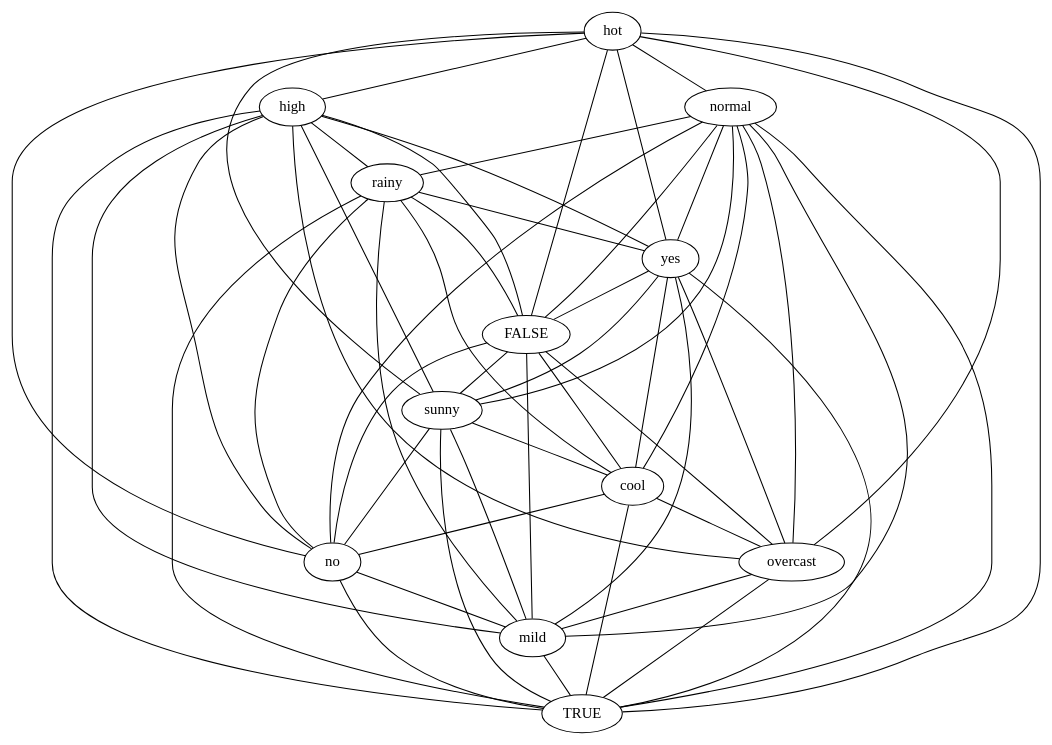
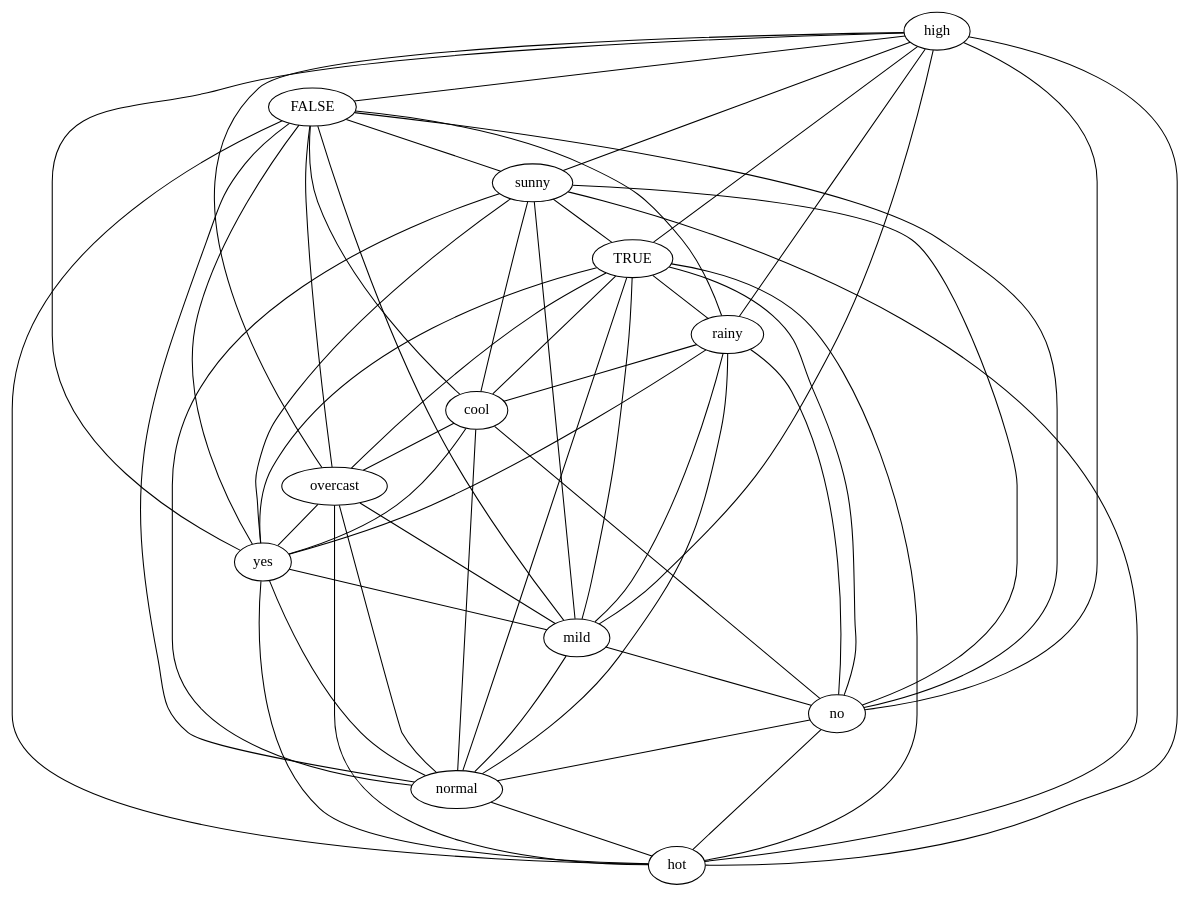
One commit to lrodrin/TFG changed the diagram in src/final/planarGraph.dot. Above: the diagram before and after it, drawn with Graphviz. The commit also changed 10 other files, not shown here.

Commit message:
s'ha modificat sencera la classe Graph perquè s'ha començat la implementació de la integració SQL - creació dels 3 tipus de grafs a partir de dades d'una SQLite database

```diff
--- a/src/final/planarGraph.dot
+++ b/src/final/planarGraph.dot
@@ -1,68 +1,68 @@
 strict graph "" {
-hot;
 high;
-normal;
-rainy;
-yes;
 FALSE;
 sunny;
+TRUE;
+rainy;
 cool;
+overcast;
+yes;
+mild;
 no;
-overcast;
-mild;
-TRUE;
-hot -- high  [color=black];
-hot -- normal  [color=black];
-hot -- TRUE  [color=black];
-hot -- FALSE  [color=black];
-hot -- sunny  [color=black];
-hot -- yes  [color=black];
-hot -- no  [color=black];
-hot -- overcast  [color=black];
+normal;
+hot;
+high -- FALSE  [color=black];
+high -- overcast  [color=black];
+high -- rainy  [color=black];
+high -- mild  [color=black];
 high -- no  [color=black];
-high -- mild  [color=black];
-high -- rainy  [color=black];
 high -- TRUE  [color=black];
-high -- FALSE  [color=black];
 high -- sunny  [color=black];
+high -- hot  [color=black];
 high -- yes  [color=black];
-high -- overcast  [color=black];
-normal -- sunny  [color=black];
-normal -- no  [color=black];
-normal -- mild  [color=black];
-normal -- rainy  [color=black];
-normal -- yes  [color=black];
-normal -- FALSE  [color=black];
-normal -- TRUE  [color=black];
-normal -- cool  [color=black];
-normal -- overcast  [color=black];
-rainy -- mild  [color=black];
-rainy -- yes  [color=black];
-rainy -- FALSE  [color=black];
-rainy -- TRUE  [color=black];
-rainy -- cool  [color=black];
-rainy -- no  [color=black];
-yes -- mild  [color=black];
-yes -- sunny  [color=black];
-yes -- FALSE  [color=black];
-yes -- TRUE  [color=black];
-yes -- cool  [color=black];
-yes -- overcast  [color=black];
+FALSE -- rainy  [color=black];
+FALSE -- hot  [color=black];
 FALSE -- mild  [color=black];
+FALSE -- no  [color=black];
 FALSE -- sunny  [color=black];
+FALSE -- normal  [color=black];
 FALSE -- cool  [color=black];
-FALSE -- no  [color=black];
 FALSE -- overcast  [color=black];
+FALSE -- yes  [color=black];
+sunny -- normal  [color=black];
 sunny -- mild  [color=black];
 sunny -- TRUE  [color=black];
+sunny -- no  [color=black];
 sunny -- cool  [color=black];
-sunny -- no  [color=black];
+sunny -- hot  [color=black];
+sunny -- yes  [color=black];
+TRUE -- overcast  [color=black];
+TRUE -- normal  [color=black];
+TRUE -- hot  [color=black];
+TRUE -- mild  [color=black];
+TRUE -- no  [color=black];
+TRUE -- cool  [color=black];
+TRUE -- rainy  [color=black];
+TRUE -- yes  [color=black];
+rainy -- mild  [color=black];
+rainy -- no  [color=black];
+rainy -- normal  [color=black];
+rainy -- cool  [color=black];
+rainy -- yes  [color=black];
+cool -- overcast  [color=black];
 cool -- no  [color=black];
-cool -- TRUE  [color=black];
-cool -- overcast  [color=black];
-no -- mild  [color=black];
-no -- TRUE  [color=black];
+cool -- normal  [color=black];
+cool -- yes  [color=black];
 overcast -- mild  [color=black];
-overcast -- TRUE  [color=black];
-mild -- TRUE  [color=black];
+overcast -- hot  [color=black];
+overcast -- normal  [color=black];
+overcast -- yes  [color=black];
+yes -- normal  [color=black];
+yes -- mild  [color=black];
+yes -- hot  [color=black];
+mild -- no  [color=black];
+mild -- normal  [color=black];
+no -- normal  [color=black];
+no -- hot  [color=black];
+normal -- hot  [color=black];
 }
```
